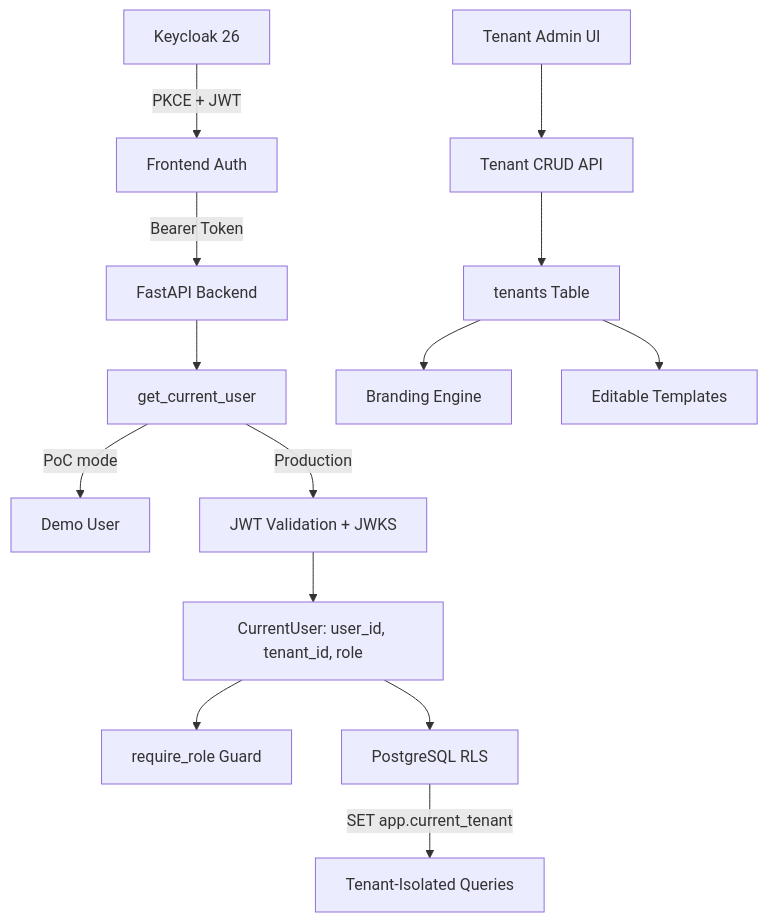
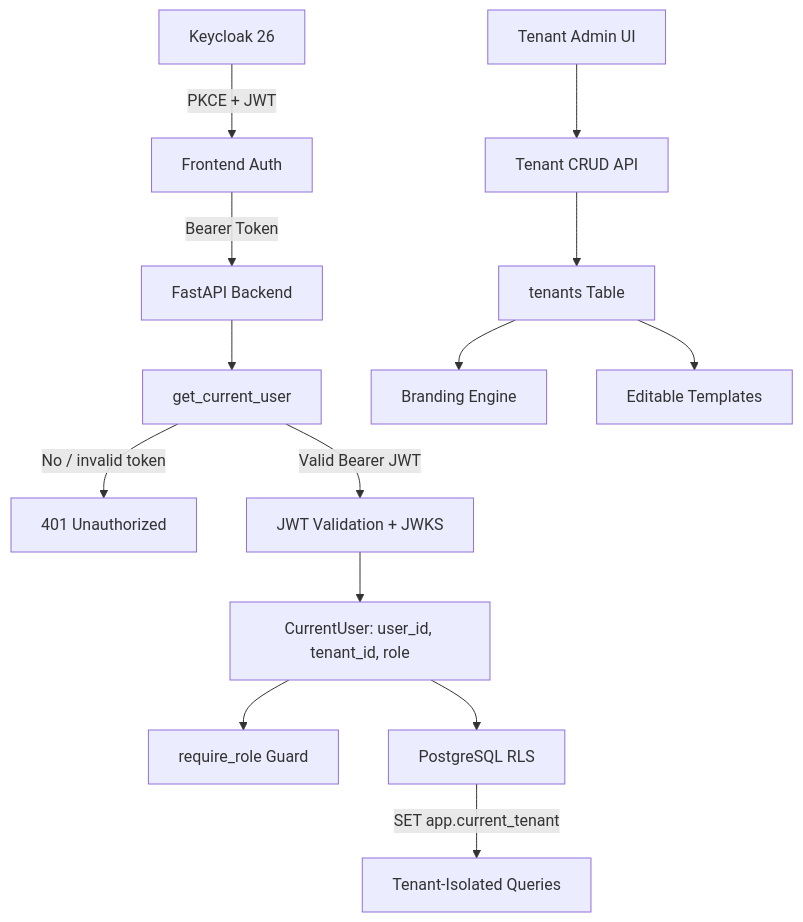
The first of 6 diagrams in docs/architecture/platform-foundation.md (Tsunami-max/trust-relay-docs), drawn with Mermaid before and after one commit. The commit also changed other lines of this file and 177 other files, not shown here.

````diff
--- a/docs/architecture/platform-foundation.md
+++ b/docs/architecture/platform-foundation.md
@@ -28,16 +29,16 @@
 ```mermaid
 graph TD
     A[Keycloak 26] -->|PKCE + JWT| B[Frontend Auth]
     B -->|Bearer Token| C[FastAPI Backend]
     C --> D[get_current_user]
-    D -->|PoC mode| E[Demo User]
-    D -->|Production| F[JWT Validation + JWKS]
+    D -->|No / invalid token| E[401 Unauthorized]
+    D -->|Valid Bearer JWT| F[JWT Validation + JWKS]
     F --> G[CurrentUser: user_id, tenant_id, role]
     G --> H[require_role Guard]
     G --> I[PostgreSQL RLS]
     I -->|SET app.current_tenant| J[Tenant-Isolated Queries]
     K[Tenant Admin UI] --> L[Tenant CRUD API]
     L --> M[tenants Table]
     M --> N[Branding Engine]
     M --> O[Editable Templates]
 ```
````
